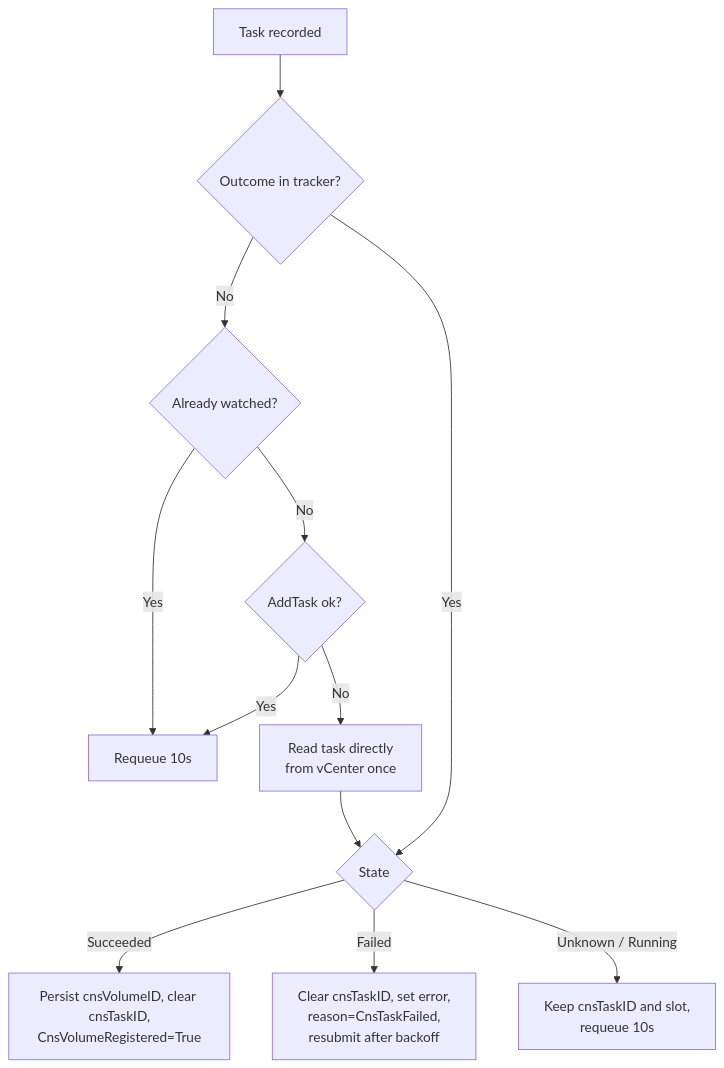
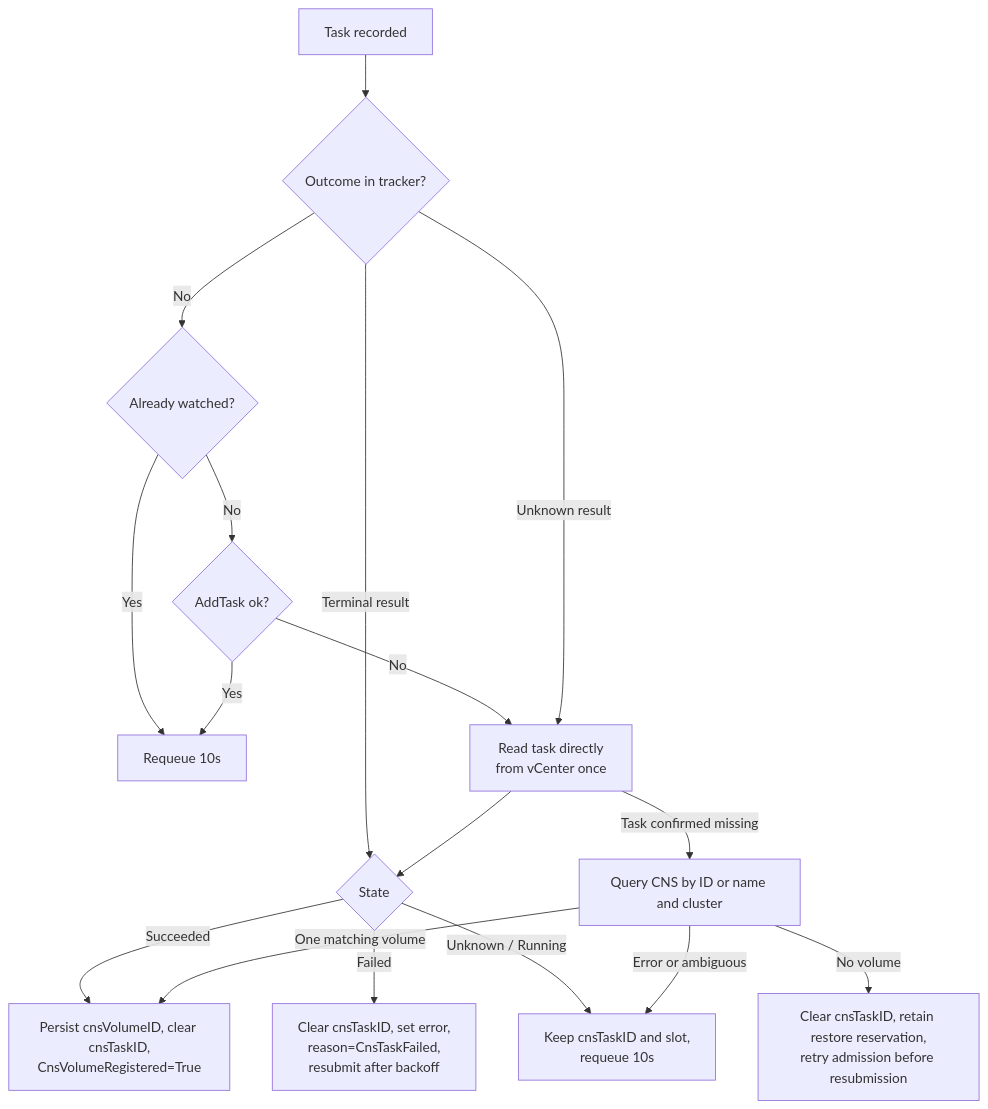
The sixth of 7 diagrams in spec/UBMCNS-2482/design.md (kubernetes-sigs/vsphere-csi-driver), drawn with Mermaid before and after one commit. The commit also changed other lines of this file and 5 other files, not shown here.

Commit message:
Fix async volume registration task recovery

````diff
--- a/spec/UBMCNS-2482/design.md
+++ b/spec/UBMCNS-2482/design.md
@@ -534,14 +536,19 @@
 ```mermaid
 flowchart TD
     P["Task recorded"] --> O{"Outcome in tracker?"}
     O -->|No| W{"Already watched?"}
     W -->|Yes| RQ["Requeue 10s"]
     W -->|No| AT{"AddTask ok?"}
     AT -->|Yes| RQ
     AT -->|No| DIR["Read task directly<br/>from vCenter once"]
-    O -->|Yes| ST{"State"}
+    O -->|"Unknown result"| DIR
+    O -->|"Terminal result"| ST{"State"}
     DIR --> ST
     ST -->|Succeeded| OK["Persist cnsVolumeID, clear cnsTaskID,<br/>CnsVolumeRegistered=True"]
     ST -->|Failed| F["Clear cnsTaskID, set error,<br/>reason=CnsTaskFailed,<br/>resubmit after backoff"]
     ST -->|"Unknown / Running"| U["Keep cnsTaskID and slot,<br/>requeue 10s"]
+    DIR -->|"Task confirmed missing"| Q["Query CNS by ID or name and cluster"]
+    Q -->|"One matching volume"| OK
+    Q -->|"No volume"| RT["Clear cnsTaskID, retain restore reservation,<br/>retry admission before resubmission"]
+    Q -->|"Error or ambiguous"| U
 ```
````
